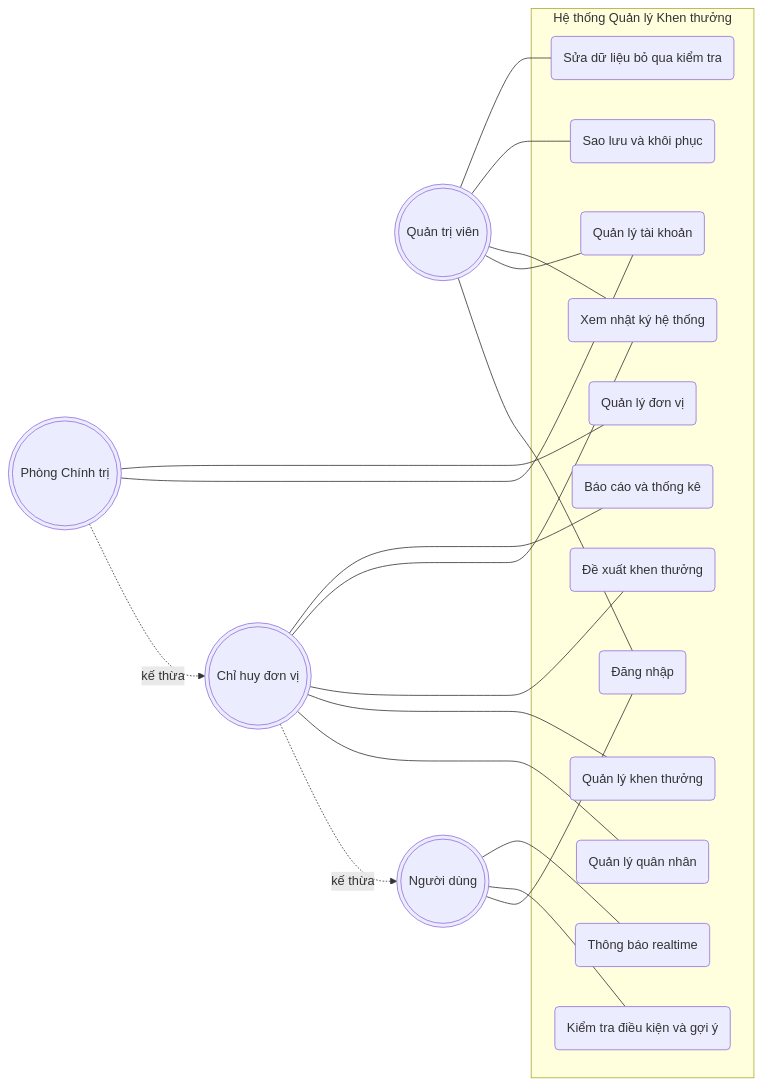
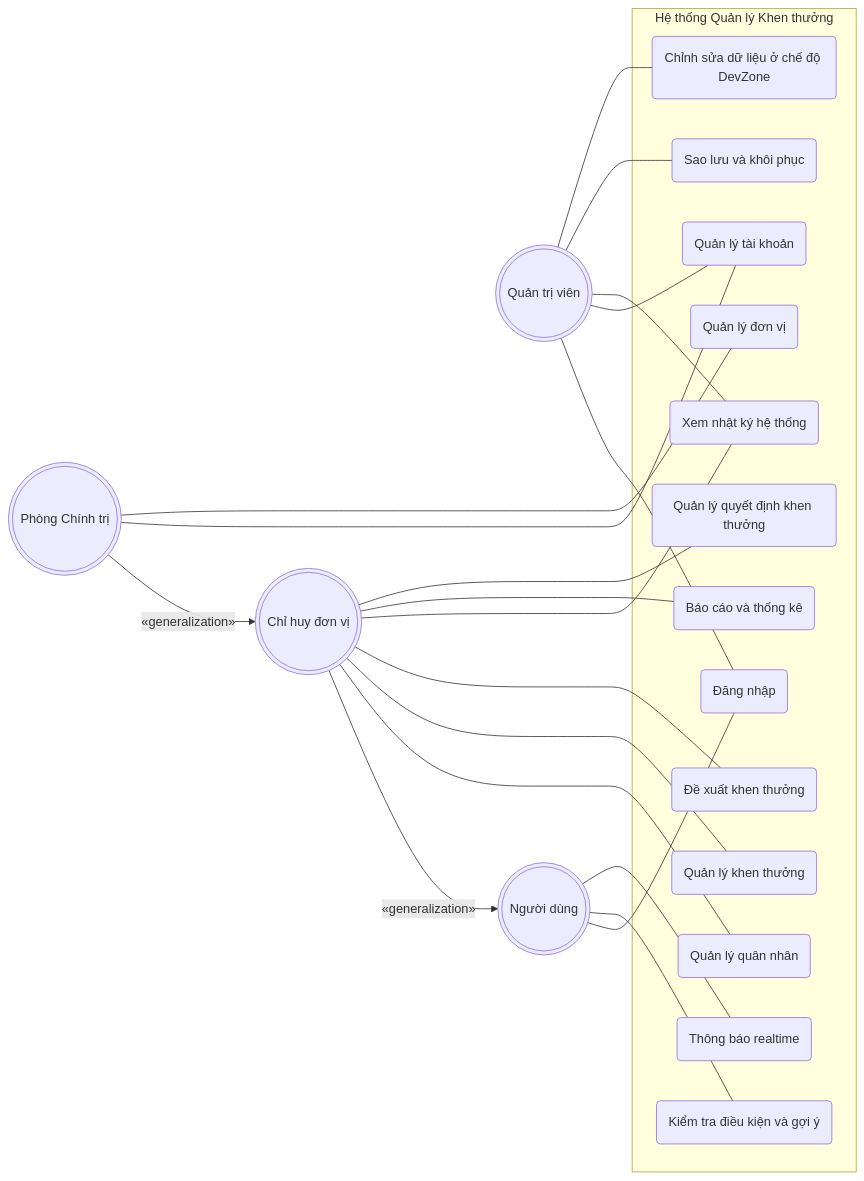
The first of 15 diagrams in docs/diagrams/01-use-case.md (tranducbk/DATN_PM_QLKT), drawn with Mermaid before and after one commit. The commit also changed other lines of this file and 69 other files, not shown here.

````diff
--- a/docs/diagrams/01-use-case.md
+++ b/docs/diagrams/01-use-case.md
@@ -15,49 +25,51 @@
 ```mermaid
 flowchart LR
     SA(((Quản trị viên)))
     AD(((Phòng Chính trị)))
     MG(((Chỉ huy đơn vị)))
     US(((Người dùng)))
 
     %% Actor generalization: AD → MG → US (SA là vai trò hệ thống độc lập)
-    AD -.->|kế thừa| MG
-    MG -.->|kế thừa| US
+    AD -->|«generalization»| MG
+    MG -->|«generalization»| US
 
     subgraph SYS[Hệ thống Quản lý Khen thưởng]
         UC1(Đăng nhập)
         UC2(Quản lý tài khoản)
         UC3(Quản lý quân nhân)
         UC4(Quản lý đơn vị)
         UC5(Quản lý khen thưởng)
         UC6(Đề xuất khen thưởng)
         UC7(Kiểm tra điều kiện và gợi ý)
         UC8(Thông báo realtime)
         UC9(Xem nhật ký hệ thống)
         UC10(Sao lưu và khôi phục)
         UC11(Báo cáo và thống kê)
-        UC12(Sửa dữ liệu bỏ qua kiểm tra)
+        UC12(Chỉnh sửa dữ liệu ở chế độ DevZone)
+        UC13(Quản lý quyết định khen thưởng)
     end
 
     %% US: use case gốc (MG, AD kế thừa)
     US --- UC1
     US --- UC7
     US --- UC8
 
     %% MG: thêm những UC không có ở US
     MG --- UC3
     MG --- UC5
     MG --- UC6
     MG --- UC9
     MG --- UC11
+    MG --- UC13
 
     %% AD: thêm những UC không có ở MG
     AD --- UC2
     AD --- UC4
 
     %% SA: vai trò hệ thống độc lập — không kế thừa AD
     SA --- UC1
     SA --- UC2
     SA --- UC9
     SA --- UC10
     SA --- UC12
 ```
````
